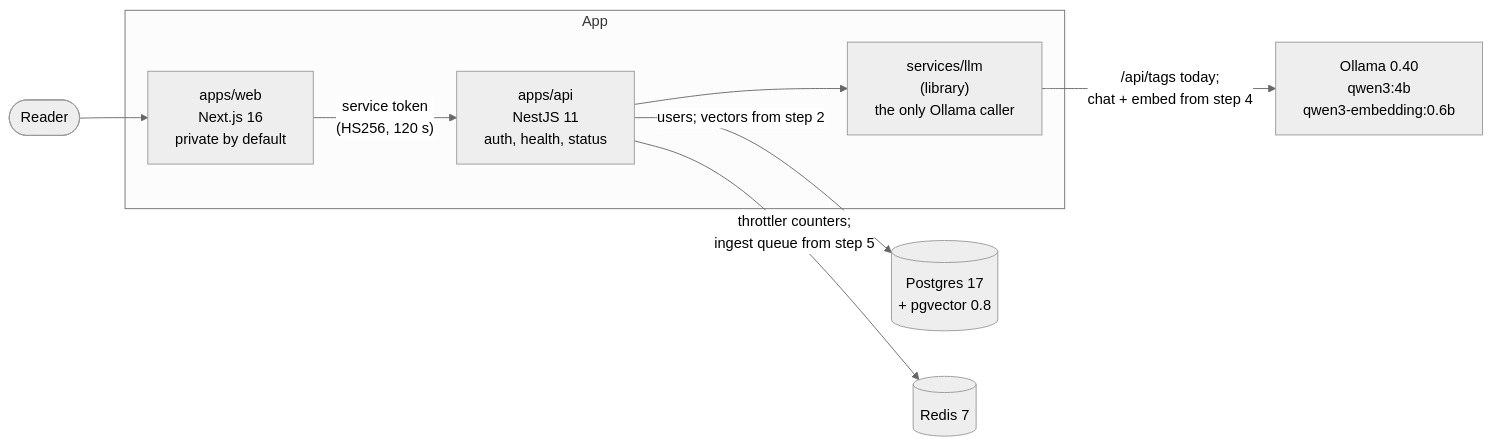
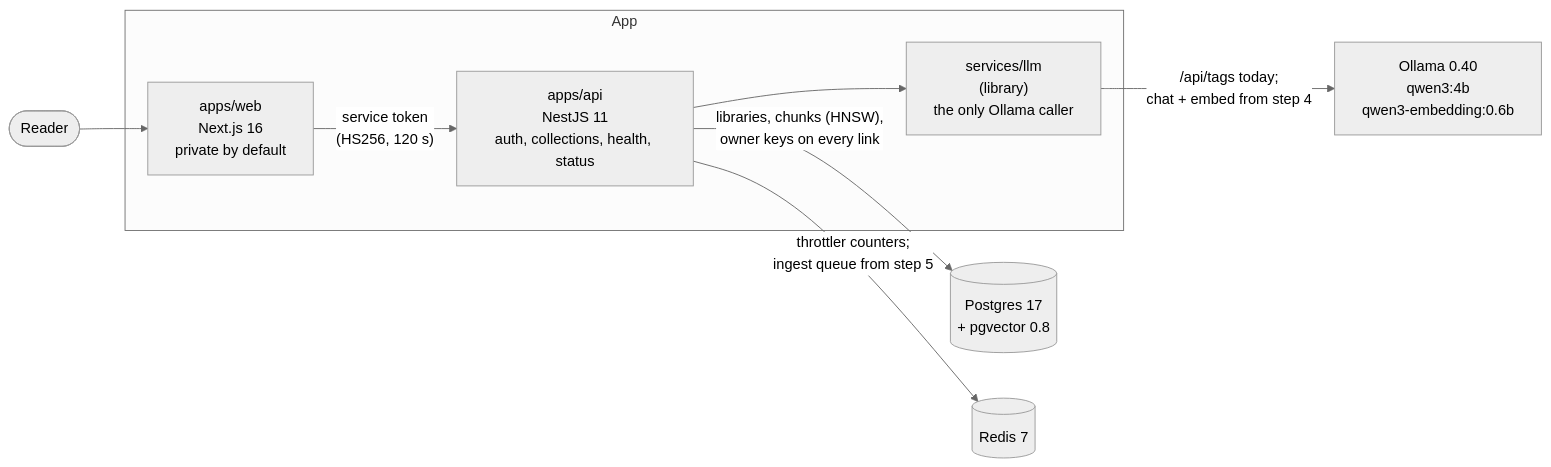
One commit to bastian-red/rag-assistant changed the diagram in README.md. Above: the diagram before and after it, drawn with Mermaid (neutral theme). The commit also changed other lines of this file and 34 other files, not shown here.

First line of the commit message:
Library schema: owner-keyed tables, pgvector HNSW, seeded libraries

````diff
--- a/README.md
+++ b/README.md
@@ -20,13 +23,13 @@
 ```mermaid
 flowchart LR
   user([Reader]) --> web
 
   subgraph app ["App"]
-    web["apps/web<br/>Next.js 16<br/>private by default"] -->|"service token<br/>(HS256, 120 s)"| api["apps/api<br/>NestJS 11<br/>auth, health, status"]
+    web["apps/web<br/>Next.js 16<br/>private by default"] -->|"service token<br/>(HS256, 120 s)"| api["apps/api<br/>NestJS 11<br/>auth, collections, health, status"]
     api --> llm["services/llm<br/>(library)<br/>the only Ollama caller"]
   end
 
-  api -->|"users; vectors from step 2"| pg[("Postgres 17<br/>+ pgvector 0.8")]
+  api -->|"libraries, chunks (HNSW),<br/>owner keys on every link"| pg[("Postgres 17<br/>+ pgvector 0.8")]
   api -->|"throttler counters;<br/>ingest queue from step 5"| redis[(Redis 7)]
   llm -->|"/api/tags today;<br/>chat + embed from step 4"| ollama["Ollama 0.40<br/>qwen3:4b<br/>qwen3-embedding:0.6b"]
 ```
````
